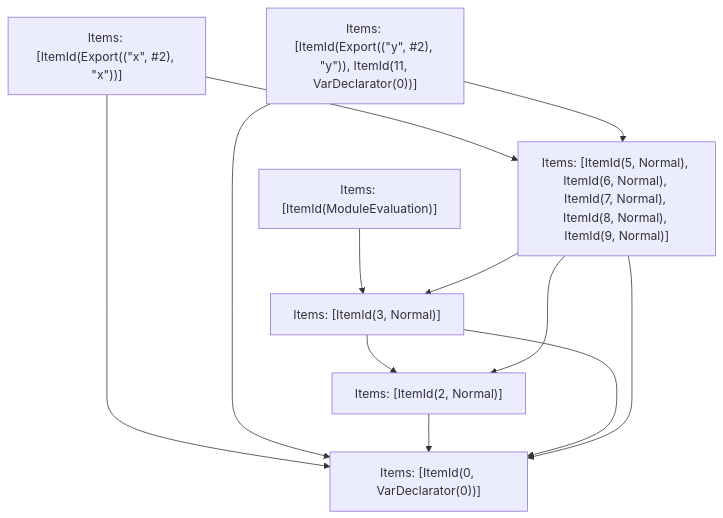
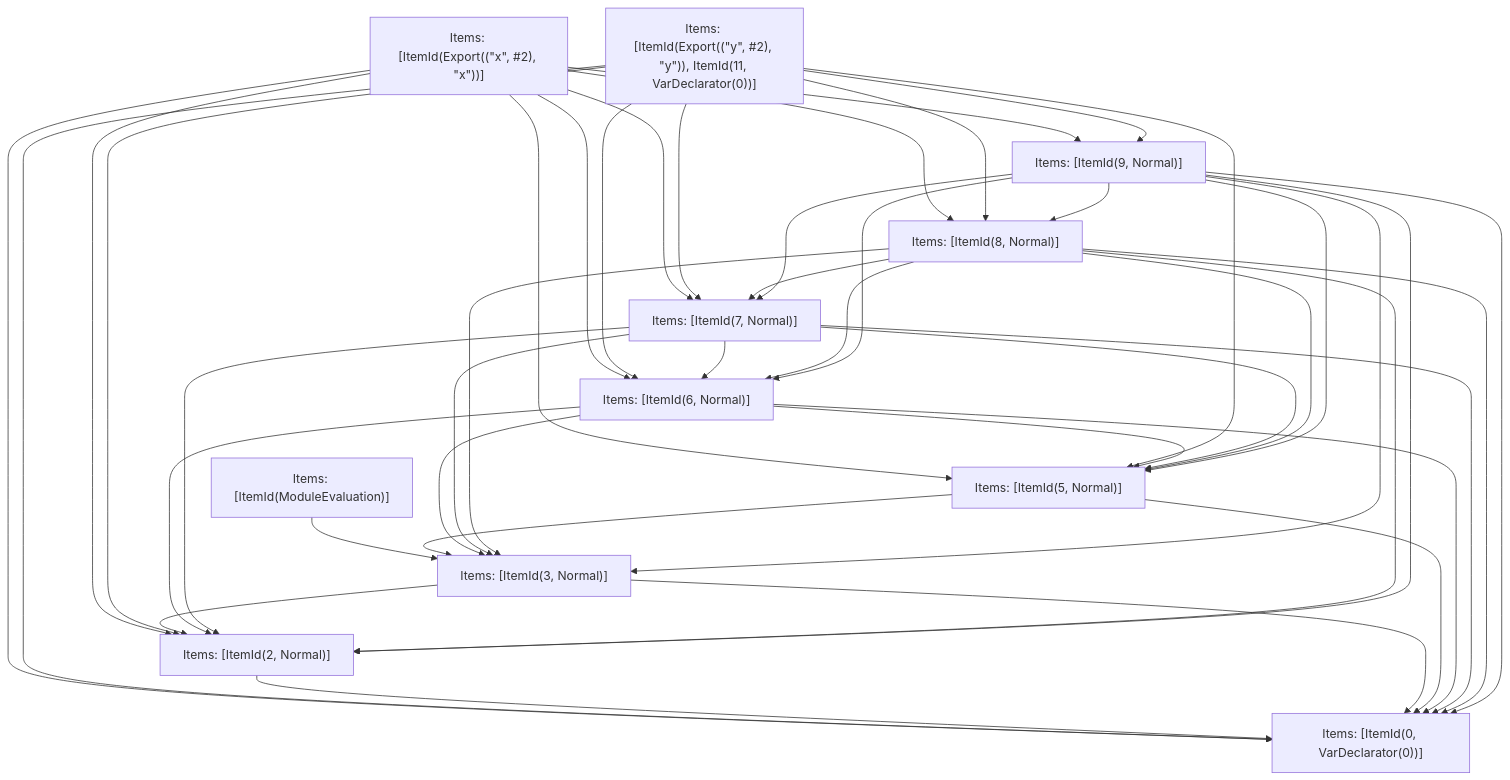
Before and after one commit to vercel/turborepo: the fifth of 5 diagrams in crates/turbopack-ecmascript/tests/tree-shaker/analyzer/grouping/output.md, drawn with Mermaid. The commit also changed other lines of this file and 9 other files, not shown here.

````diff
--- a/crates/turbopack-ecmascript/tests/tree-shaker/analyzer/grouping/output.md
+++ b/crates/turbopack-ecmascript/tests/tree-shaker/analyzer/grouping/output.md
@@ -276,21 +333,56 @@
 ```mermaid
 graph TD
     N0["Items: [ItemId(ModuleEvaluation)]"];
     N1["Items: [ItemId(Export((&quot;x&quot;, #2), &quot;x&quot;))]"];
     N2["Items: [ItemId(Export((&quot;y&quot;, #2), &quot;y&quot;)), ItemId(11, VarDeclarator(0))]"];
     N3["Items: [ItemId(0, VarDeclarator(0))]"];
     N4["Items: [ItemId(2, Normal)]"];
     N5["Items: [ItemId(3, Normal)]"];
-    N6["Items: [ItemId(5, Normal), ItemId(6, Normal), ItemId(7, Normal), ItemId(8, Normal), ItemId(9, Normal)]"];
+    N6["Items: [ItemId(5, Normal)]"];
+    N7["Items: [ItemId(6, Normal)]"];
+    N8["Items: [ItemId(7, Normal)]"];
+    N9["Items: [ItemId(8, Normal)]"];
+    N10["Items: [ItemId(9, Normal)]"];
     N0 --> N5;
+    N1 --> N3;
+    N1 --> N4;
     N1 --> N6;
-    N1 --> N3;
+    N1 --> N7;
+    N1 --> N8;
+    N1 --> N9;
+    N1 --> N10;
+    N2 --> N3;
+    N2 --> N4;
     N2 --> N6;
-    N2 --> N3;
+    N2 --> N7;
+    N2 --> N8;
+    N2 --> N9;
+    N2 --> N10;
     N4 --> N3;
     N5 --> N3;
     N5 --> N4;
     N6 --> N5;
     N6 --> N3;
-    N6 --> N4;
+    N7 --> N3;
+    N7 --> N4;
+    N7 --> N6;
+    N7 --> N5;
+    N8 --> N3;
+    N8 --> N4;
+    N8 --> N6;
+    N8 --> N7;
+    N8 --> N5;
+    N9 --> N3;
+    N9 --> N4;
+    N9 --> N6;
+    N9 --> N7;
+    N9 --> N8;
+    N9 --> N5;
+    N10 --> N3;
+    N10 --> N4;
+    N10 --> N6;
+    N10 --> N7;
+    N10 --> N8;
+    N10 --> N9;
+    N10 --> N5;
 ```
````
